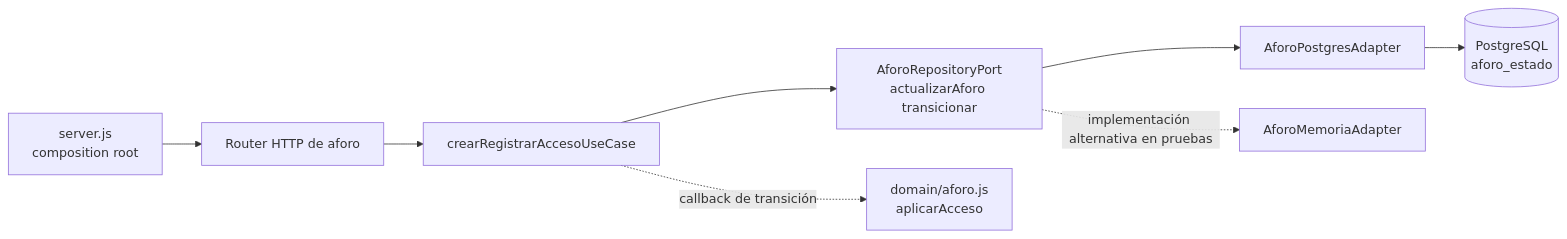
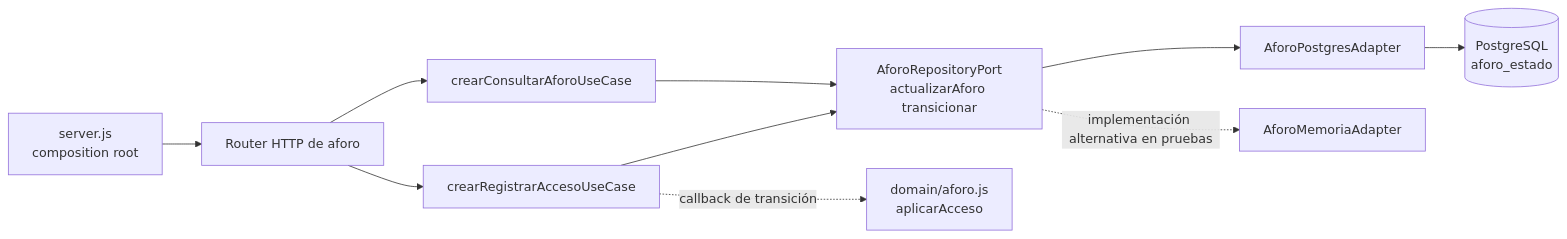
The second of 4 diagrams in docs/arc42/arc42_gimnasio_utb.md (ISCOUTB/AS_202620_GimnasioUTB), drawn with Mermaid before and after one commit. The commit also changed other lines of this file and 6 other files, not shown here.

Commit message:
docs: align architecture documentation with deployed state

````diff
--- a/docs/arc42/arc42_gimnasio_utb.md
+++ b/docs/arc42/arc42_gimnasio_utb.md
@@ -119,10 +120,12 @@
 ```mermaid
 flowchart LR
     SERVER[server.js<br/>composition root] --> ROUTER[Router HTTP de aforo]
-    ROUTER --> UC[crearRegistrarAccesoUseCase]
-    UC --> PORT[AforoRepositoryPort<br/>actualizarAforo transicionar]
+    ROUTER --> WRITE[crearRegistrarAccesoUseCase]
+    ROUTER --> READ[crearConsultarAforoUseCase]
+    WRITE --> PORT[AforoRepositoryPort<br/>actualizarAforo transicionar]
+    READ --> PORT
     PORT --> PG[AforoPostgresAdapter]
     PG --> DB[(PostgreSQL<br/>aforo_estado)]
-    UC -. callback de transición .-> DOMAIN[domain/aforo.js<br/>aplicarAcceso]
+    WRITE -. callback de transición .-> DOMAIN[domain/aforo.js<br/>aplicarAcceso]
     PORT -. implementación alternativa en pruebas .-> MEM[AforoMemoriaAdapter]
 ```
````
